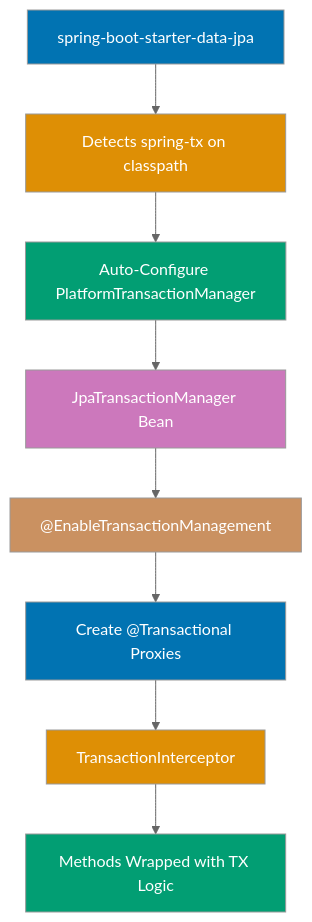
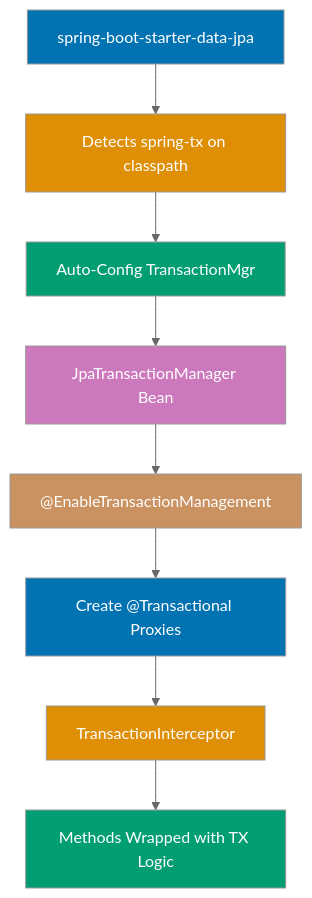
Before and after one commit to wahidyankf/open-sharia-enterprise: the fourth of 14 diagrams in apps/ayokoding-web/content/en/learn/software-engineering/platform-web/tools/jvm-spring-boot/by-example/intermediate.md, drawn with Mermaid (neutral theme). The commit also changed other lines of this file and 16 other files, not shown here.

First line of the commit message:
fix(content): fix 46 pre-existing Mermaid violations in tutorial files

````diff
--- a/apps/ayokoding-web/content/en/learn/software-engineering/platform-web/tools/jvm-spring-boot/by-example/intermediate.md
+++ b/apps/ayokoding-web/content/en/learn/software-engineering/platform-web/tools/jvm-spring-boot/by-example/intermediate.md
@@ -442,20 +442,20 @@
 ```mermaid
 %% Color Palette: Blue #0173B2, Orange #DE8F05, Teal #029E73, Purple #CC78BC, Brown #CA9161
 graph TD
     Starter["spring-boot-starter-data-jpa"] --> TxStarter["Detects spring-tx on classpath"]
-    TxStarter --> Manager["Auto-Configure PlatformTransactionManager"]
+    TxStarter --> Manager["Auto-Config TransactionMgr"]
     Manager --> JpaManager["JpaTransactionManager Bean"]
     JpaManager --> AOP["@EnableTransactionManagement"]
     AOP --> Proxy["Create @Transactional Proxies"]
     Proxy --> Interceptor["TransactionInterceptor"]
     Interceptor --> Ready["Methods Wrapped with TX Logic"]
 
     style Starter fill:#0173B2,color:#fff
     style TxStarter fill:#DE8F05,color:#fff
     style Manager fill:#029E73,color:#fff
     style JpaManager fill:#CC78BC,color:#fff
     style AOP fill:#CA9161,color:#fff
     style Proxy fill:#0173B2,color:#fff
     style Interceptor fill:#DE8F05,color:#fff
     style Ready fill:#029E73,color:#fff
 ```
````
